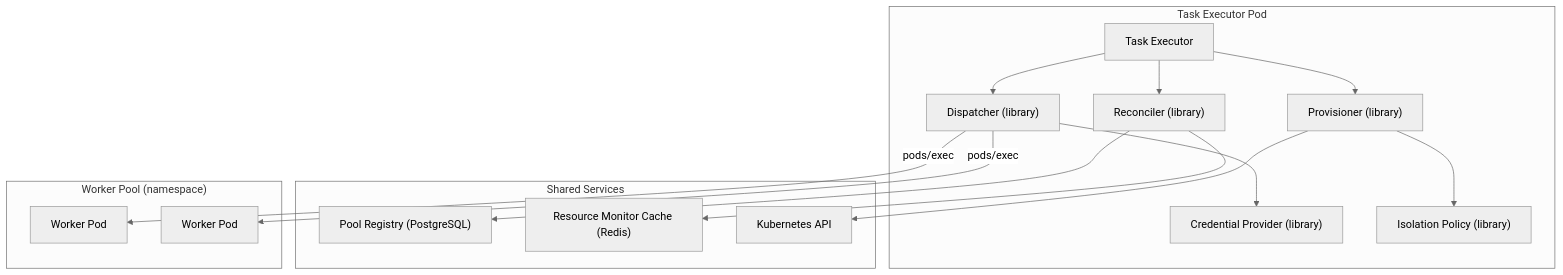
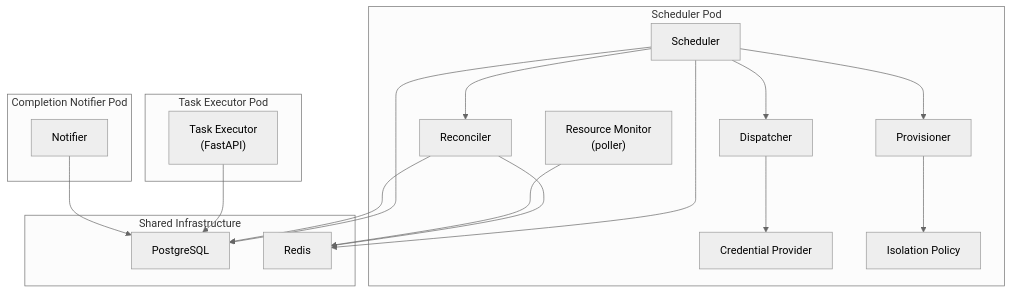
Before and after one commit to manstis/syntara: the third of 4 diagrams in backend/docs/execution-plane-topology.md, drawn with Mermaid (neutral theme). The commit also changed other lines of this file, not shown here.

````diff
--- a/backend/docs/execution-plane-topology.md
+++ b/backend/docs/execution-plane-topology.md
@@ -92,33 +266,39 @@
 ```mermaid
 graph TB
-    subgraph TEP["Task Executor Pod"]
-        TE["Task Executor"]
-        R["Reconciler (library)"]
-        P["Provisioner (library)"]
-        D["Dispatcher (library)"]
-        CP["Credential Provider (library)"]
-        IP["Isolation Policy (library)"]
+    subgraph TE_POD["Task Executor Pod"]
+        TE["Task Executor<br/>(FastAPI)"]
     end
 
-    subgraph SHARED["Shared Services"]
-        DB["Pool Registry (PostgreSQL)"]
-        REDIS["Resource Monitor Cache (Redis)"]
-        K8S["Kubernetes API"]
+    subgraph SCHED_POD["Scheduler Pod"]
+        SCHED["Scheduler"]
+        R["Reconciler"]
+        P["Provisioner"]
+        D["Dispatcher"]
+        CP["Credential Provider"]
+        IP["Isolation Policy"]
+        RM["Resource Monitor<br/>(poller)"]
     end
 
-    subgraph WP["Worker Pool (namespace)"]
-        W1["Worker Pod"]
-        W2["Worker Pod"]
+    subgraph CN_POD["Completion Notifier Pod"]
+        CN["Notifier"]
     end
 
-    TE --> R
-    TE --> P
-    TE --> D
+    subgraph SHARED["Shared Infrastructure"]
+        DB["PostgreSQL"]
+        RD["Redis"]
+    end
+
+    TE --> DB
+    SCHED --> DB
+    SCHED --> RD
+    CN --> DB
+
+    SCHED --> R
+    SCHED --> P
+    SCHED --> D
     D --> CP
     P --> IP
     R --> DB
-    R --> REDIS
-    P --> K8S
-    D -->|"pods/exec"| W1
-    D -->|"pods/exec"| W2
+    R --> RD
+    RM --> RD
 ```
````
